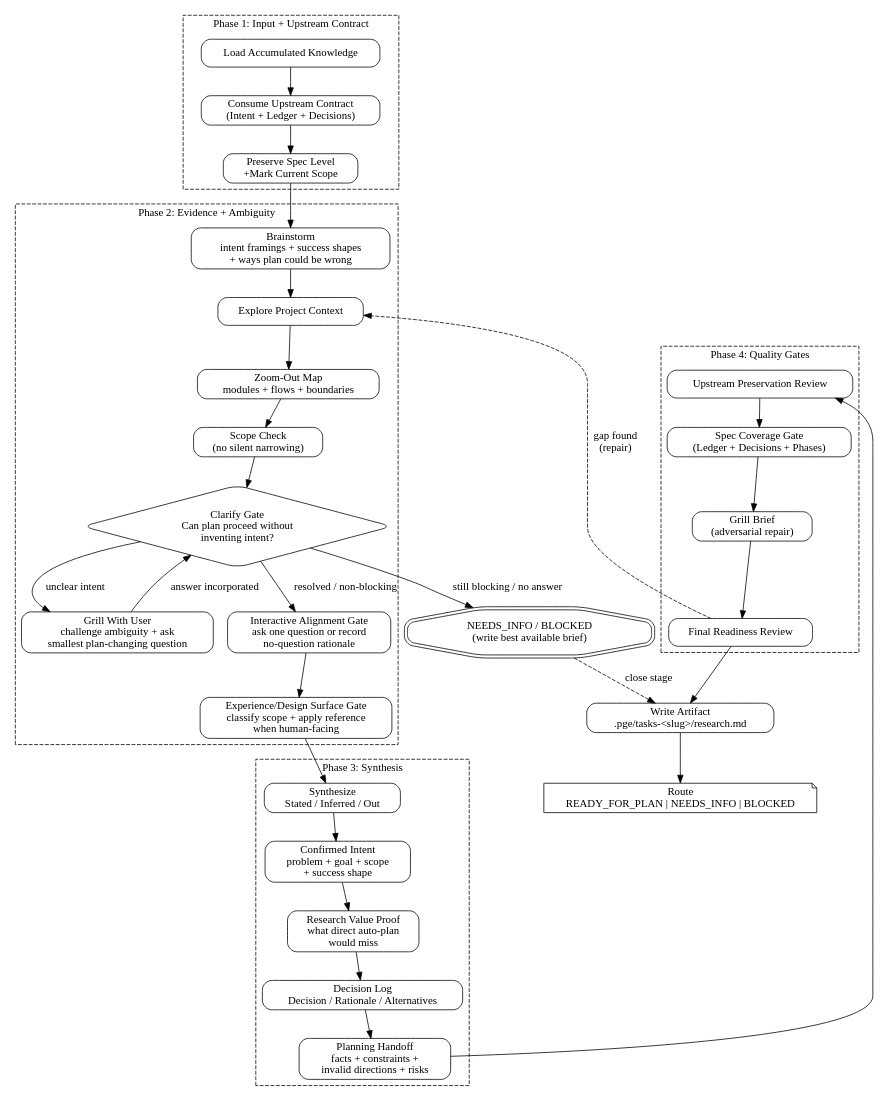
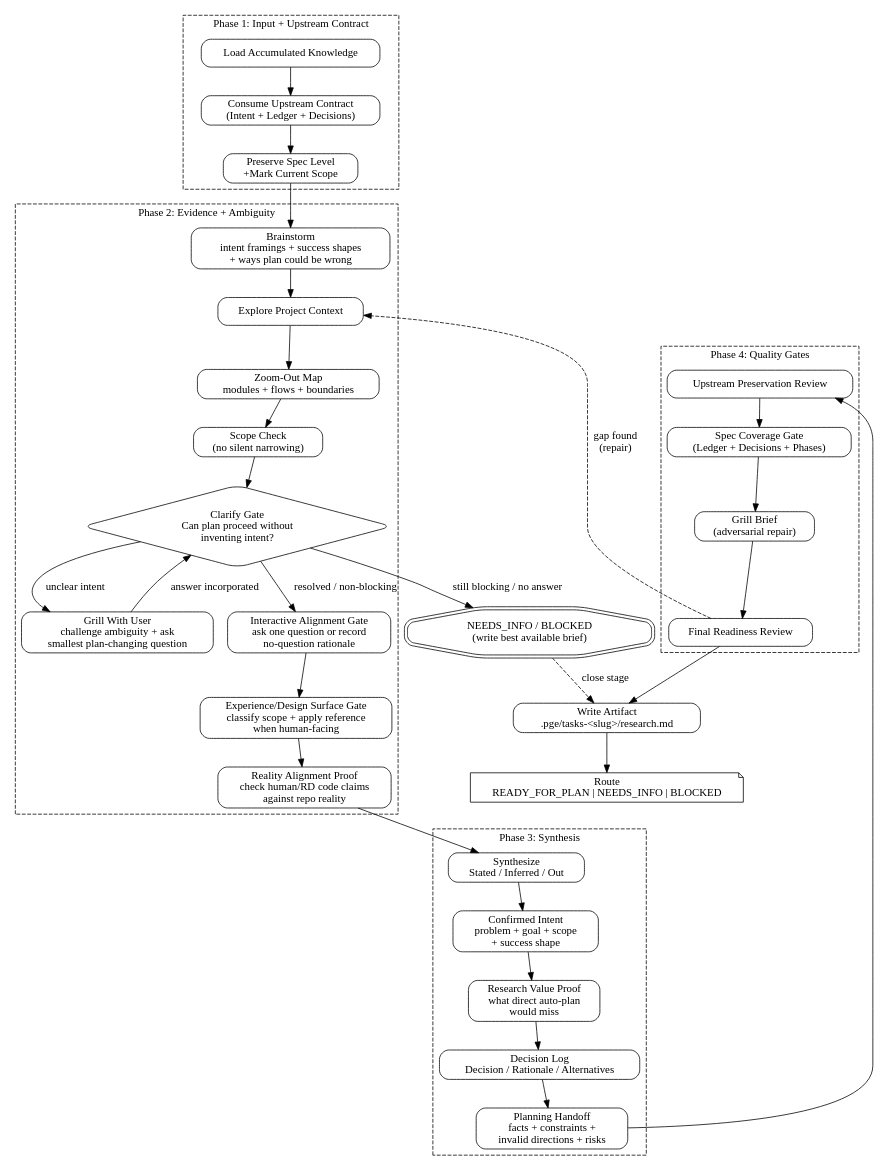
One commit to feng-y/pge changed the diagram in skills/pge-research/SKILL.md. Above: the diagram before and after it, drawn with Graphviz. The commit also changed other lines of this file and 6 other files, not shown here.

Commit message:
Align research reality proof contract

````diff
--- a/skills/pge-research/SKILL.md
+++ b/skills/pge-research/SKILL.md
@@ -141,66 +145,67 @@
 ```dot
 digraph pge_research {
   rankdir=TB;
   node [shape=box, style=rounded];
 
   subgraph cluster_phase1 {
     label="Phase 1: Input + Upstream Contract";
     style=dashed;
     load_knowledge [label="Load Accumulated Knowledge"];
     consume_upstream [label="Consume Upstream Contract\n(Intent + Ledger + Decisions)"];
     preserve_spec [label="Preserve Spec Level\n+Mark Current Scope"];
     load_knowledge -> consume_upstream -> preserve_spec;
   }
 
   subgraph cluster_phase2 {
     label="Phase 2: Evidence + Ambiguity";
     style=dashed;
     intent_brainstorm [label="Brainstorm\nintent framings + success shapes\n+ ways plan could be wrong"];
     explore_context [label="Explore Project Context"];
     zoom_out [label="Zoom-Out Map\nmodules + flows + boundaries"];
     scope_check [label="Scope Check\n(no silent narrowing)"];
     clarify_gate [label="Clarify Gate\nCan plan proceed without\ninventing intent?", shape=diamond];
     grill_user [label="Grill With User\nchallenge ambiguity + ask\nsmallest plan-changing question"];
     interaction_gate [label="Interactive Alignment Gate\nask one question or record\nno-question rationale"];
     experience_gate [label="Experience/Design Surface Gate\nclassify scope + apply reference\nwhen human-facing"];
+    reality_proof [label="Reality Alignment Proof\ncheck human/RD code claims\nagainst repo reality"];
     intent_brainstorm -> explore_context -> zoom_out -> scope_check -> clarify_gate;
   }
 
   needs_info [label="NEEDS_INFO / BLOCKED\n(write best available brief)", shape=doubleoctagon];
   clarify_gate -> grill_user [label="unclear intent"];
   grill_user -> clarify_gate [label="answer incorporated"];
   clarify_gate -> needs_info [label="still blocking / no answer"];
 
   subgraph cluster_phase3 {
     label="Phase 3: Synthesis";
     style=dashed;
     synthesize [label="Synthesize\nStated / Inferred / Out"];
     confirmed_intent [label="Confirmed Intent\nproblem + goal + scope\n+ success shape"];
     value_proof [label="Research Value Proof\nwhat direct auto-plan\nwould miss"];
     decisions [label="Decision Log\nDecision / Rationale / Alternatives"];
     planning_handoff [label="Planning Handoff\nfacts + constraints +\ninvalid directions + risks"];
     synthesize -> confirmed_intent -> value_proof -> decisions -> planning_handoff;
   }
 
   subgraph cluster_phase4 {
     label="Phase 4: Quality Gates";
     style=dashed;
     preservation [label="Upstream Preservation Review"];
     coverage [label="Spec Coverage Gate\n(Ledger + Decisions + Phases)"];
     grill [label="Grill Brief\n(adversarial repair)"];
     readiness [label="Final Readiness Review"];
     preservation -> coverage -> grill -> readiness;
   }
 
   write_artifact [label="Write Artifact\n.pge/tasks-<slug>/research.md"];
   route [label="Route\nREADY_FOR_PLAN | NEEDS_INFO | BLOCKED", shape=note];
 
   preserve_spec -> intent_brainstorm;
   clarify_gate -> interaction_gate [label="resolved / non-blocking"];
-  interaction_gate -> experience_gate -> synthesize;
+  interaction_gate -> experience_gate -> reality_proof -> synthesize;
   needs_info -> write_artifact [label="close stage", style=dashed];
   planning_handoff -> preservation;
   readiness -> write_artifact -> route;
   readiness -> explore_context [label="gap found\n(repair)", style=dashed];
 }
 ```
````
